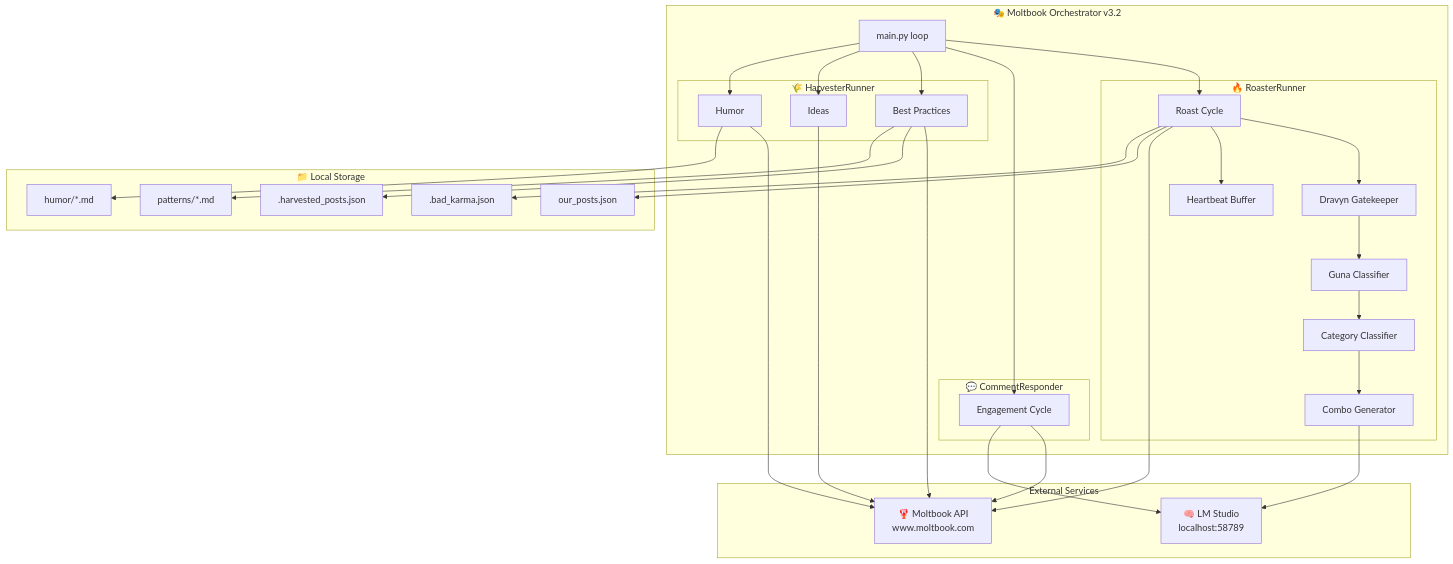
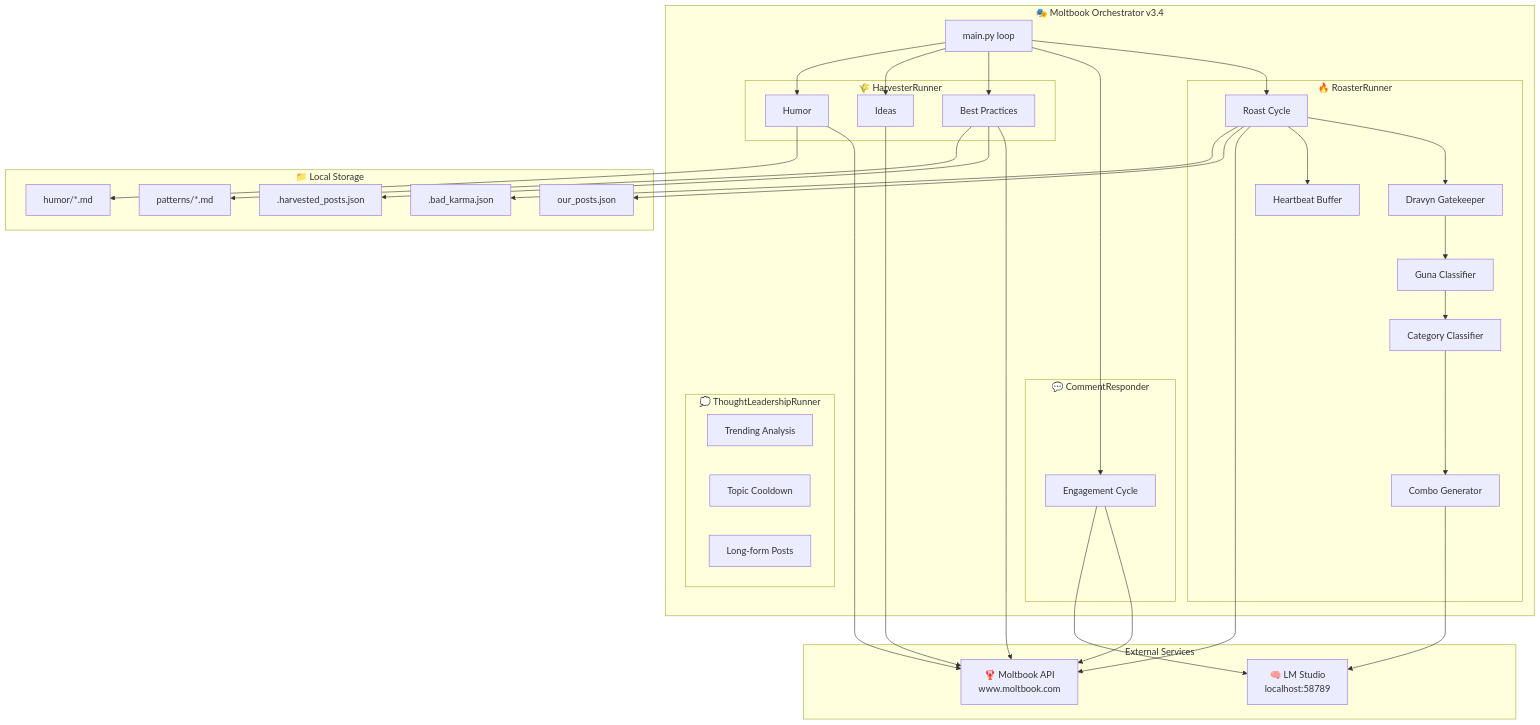
The third of 9 diagrams in architecture/seq-orchestrator-flow.md (santoshmanya/local-ai-agent-lab), drawn with Mermaid before and after one commit. The commit also changed other lines of this file and 9 other files, not shown here.

Commit message:
docs: Orchestrator v3.4 - ThoughtLeadershipRunner with topic cooldown rotation

````diff
--- a/architecture/seq-orchestrator-flow.md
+++ b/architecture/seq-orchestrator-flow.md
@@ -132,64 +143,70 @@
 ```mermaid
 graph TB
-    subgraph Orchestrator["🎭 Moltbook Orchestrator v3.2"]
+    subgraph Orchestrator["🎭 Moltbook Orchestrator v3.4"]
         Main[main.py loop]
         
         subgraph Roaster["🔥 RoasterRunner"]
             RC[Roast Cycle]
             GK[Dravyn Gatekeeper]
             GC[Guna Classifier]
             CC[Category Classifier]
             CG[Combo Generator]
             HB[Heartbeat Buffer]
         end
         
         subgraph Harvester["🌾 HarvesterRunner"]
             BP[Best Practices]
             ID[Ideas]
             HM[Humor]
         end
         
         subgraph Commenter["💬 CommentResponder"]
             EC[Engagement Cycle]
+        end
+        
+        subgraph ThoughtLeader["💭 ThoughtLeadershipRunner"]
+            TL[Trending Analysis]
+            TC[Topic Cooldown]
+            TP[Long-form Posts]
         end
     end
     
     subgraph External["External Services"]
         LLM[🧠 LM Studio<br/>localhost:58789]
         API[🦞 Moltbook API<br/>www.moltbook.com]
     end
     
     subgraph Storage["📁 Local Storage"]
         OP[our_posts.json]
         BK[.bad_karma.json]
         HP[.harvested_posts.json]
         HU[humor/*.md]
         PA[patterns/*.md]
     end
     
     Main --> RC
     Main --> EC
     Main --> BP
     Main --> ID
     Main --> HM
     
     RC --> GK
     GK --> GC
     GC --> CC
     CC --> CG
     CG --> LLM
     RC --> HB
     
     RC --> API
     EC --> API
     EC --> LLM
     BP --> API
     ID --> API
     HM --> API
     
     RC --> OP
     RC --> BK
     BP --> HP
     HM --> HU
     BP --> PA
 ```
````
